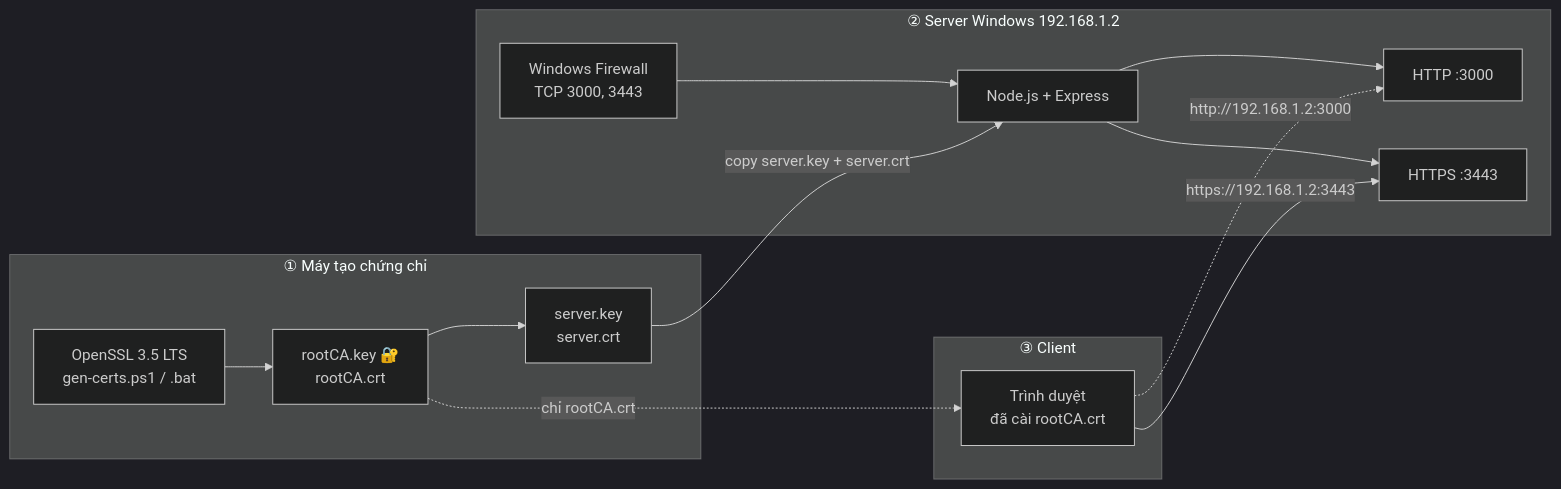
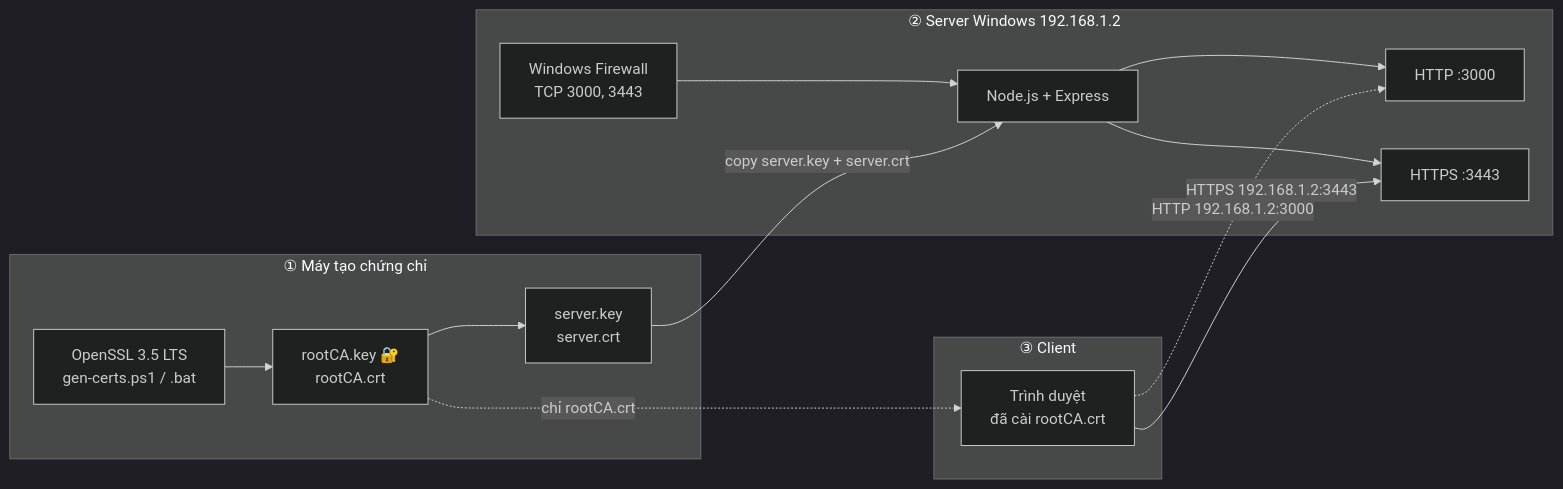
One commit to BoxXV/boxxv.github.io changed the first of 7 diagrams in _posts/2026-11-09-ssl-https-localhost-nodejs-openssl.md. Above: the diagram before and after it, drawn with Mermaid (dark theme). The commit also changed 2 other files, not shown here.

Commit message:
Widen container to 1400px on large screens

````diff
--- a/_posts/2026-11-09-ssl-https-localhost-nodejs-openssl.md
+++ b/_posts/2026-11-09-ssl-https-localhost-nodejs-openssl.md
@@ -63,19 +63,19 @@
 ```mermaid
 flowchart LR
   subgraph CA["① Máy tạo chứng chỉ"]
     O["OpenSSL 3.5 LTS<br/>gen-certs.ps1 / .bat"] --> K["rootCA.key 🔐<br/>rootCA.crt"]
     K --> S["server.key<br/>server.crt"]
   end
   subgraph SV["② Server Windows 192.168.1.2"]
     FW["Windows Firewall<br/>TCP 3000, 3443"] --> APP["Node.js + Express"]
     APP --> H1["HTTP :3000"]
     APP --> H2["HTTPS :3443"]
   end
   subgraph CL["③ Client"]
     B["Trình duyệt<br/>đã cài rootCA.crt"]
   end
   S -- "copy server.key + server.crt" --> APP
   K -. "chỉ rootCA.crt" .-> B
-  B -- "https://192.168.1.2:3443" --> H2
-  B -. "http://192.168.1.2:3000" .-> H1
+  B -- "HTTPS 192.168.1.2:3443" --> H2
+  B -. "HTTP 192.168.1.2:3000" .-> H1
 ```
````
